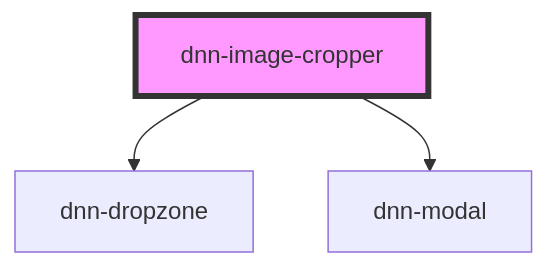
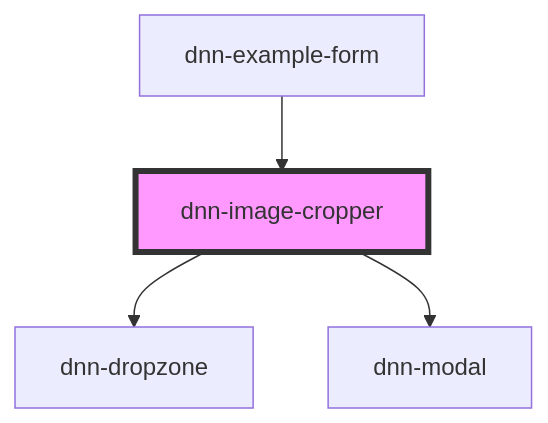
Before and after one commit to DNNCommunity/dnn-elements: the diagram in packages/stencil-library/src/components/dnn-image-cropper/readme.md, drawn with Mermaid. The commit also changed other lines of this file and 17 other files, not shown here.

````diff
--- a/packages/stencil-library/src/components/dnn-image-cropper/readme.md
+++ b/packages/stencil-library/src/components/dnn-image-cropper/readme.md
@@ -53,6 +57,7 @@
 ```mermaid
 graph TD;
   dnn-image-cropper --> dnn-dropzone
   dnn-image-cropper --> dnn-modal
+  dnn-example-form --> dnn-image-cropper
   style dnn-image-cropper fill:#f9f,stroke:#333,stroke-width:4px
 ```
````
